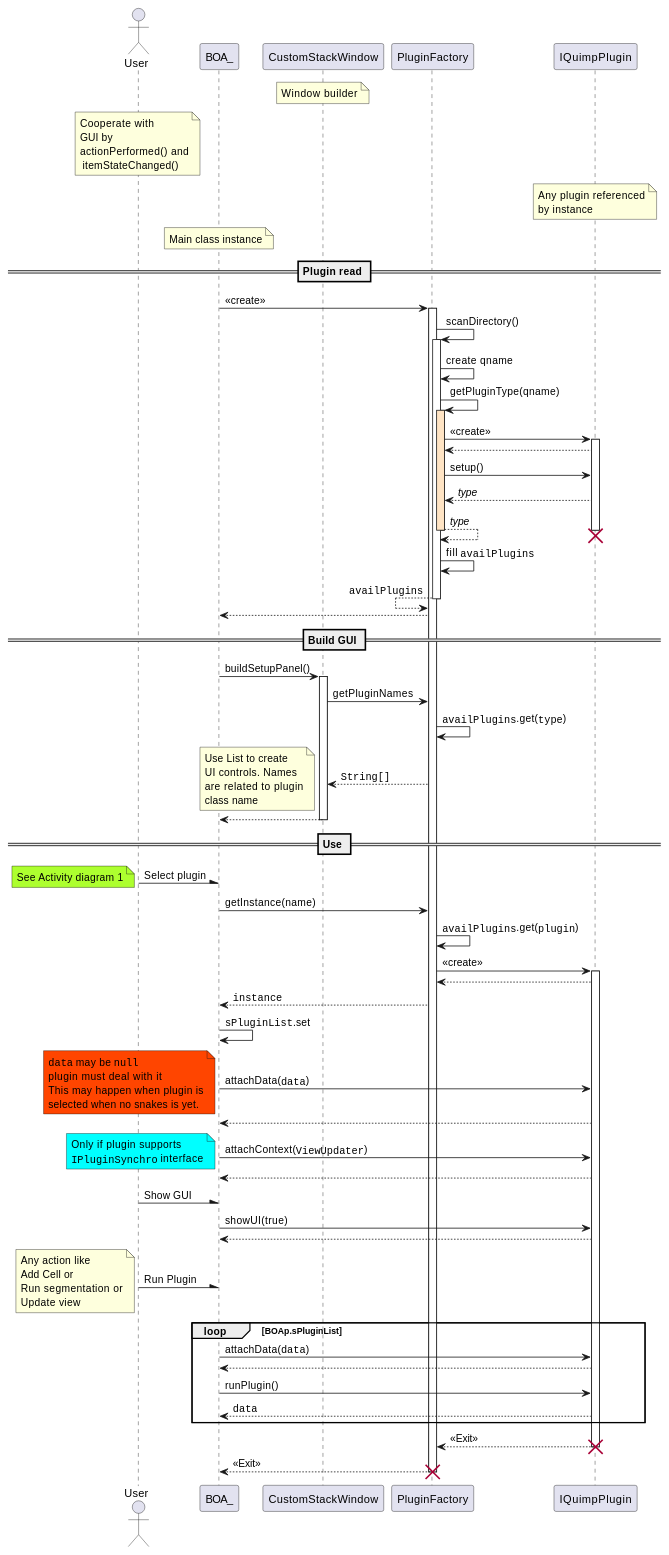
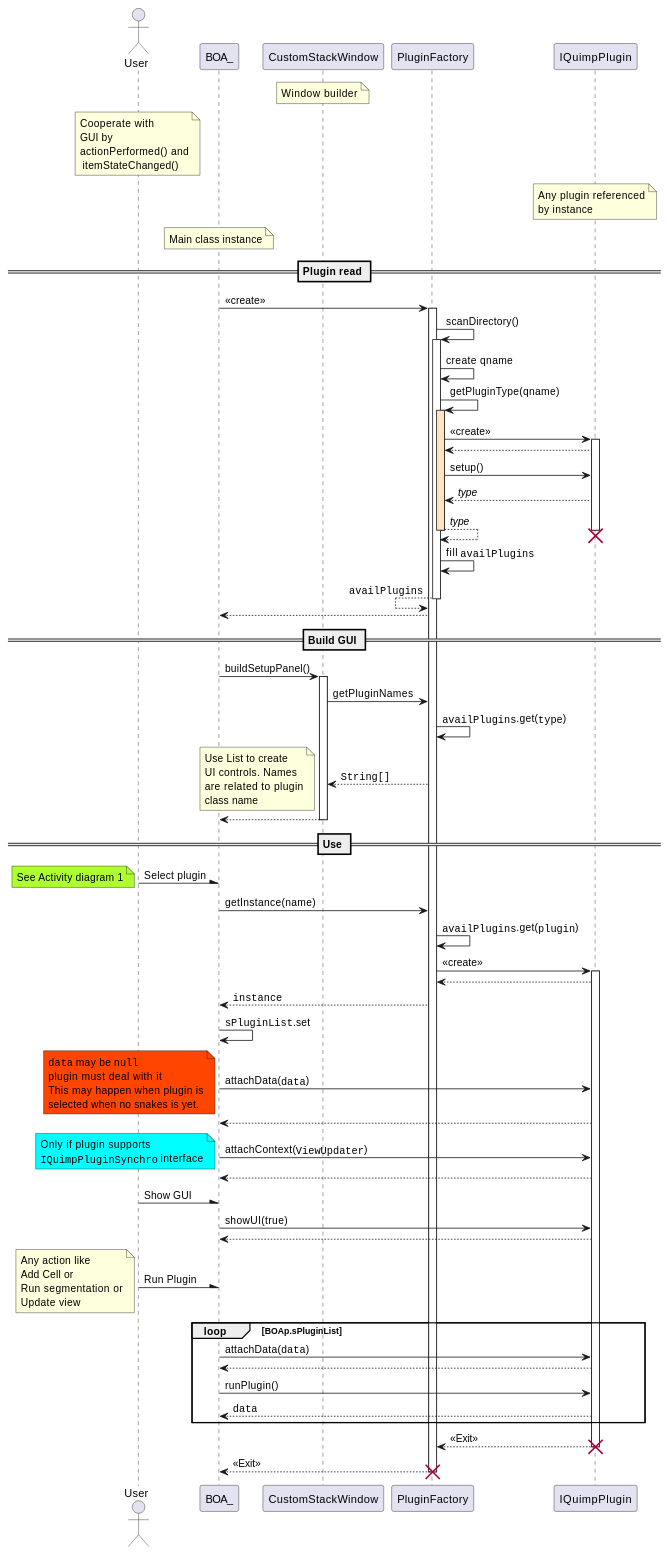
One commit to CellDynamics/QuimP changed the second of 7 diagrams in Doxygen_doc/SnakePlugin.md. Above: the diagram before and after it, drawn with PlantUML. The commit also changed other lines of this file and 6 other files, not shown here.

```diff
--- a/Doxygen_doc/SnakePlugin.md
+++ b/Doxygen_doc/SnakePlugin.md
@@ -146,7 +146,7 @@
 QuimP -> Plugin :attachContext(""ViewUpdater"")
 note left #aqua
 Only if plugin supports
-""IPluginSynchro"" interface
+""IQuimpPluginSynchro"" interface
 end note
 Plugin --> QuimP
 
```
